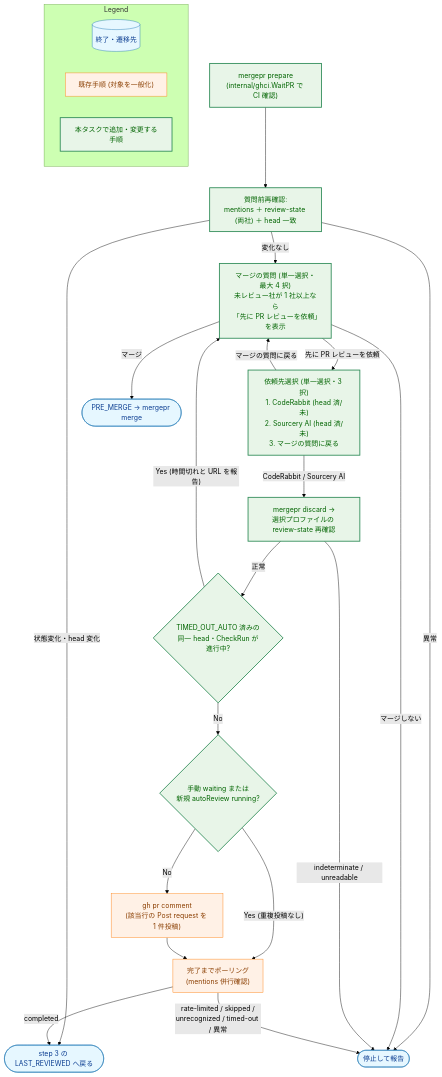
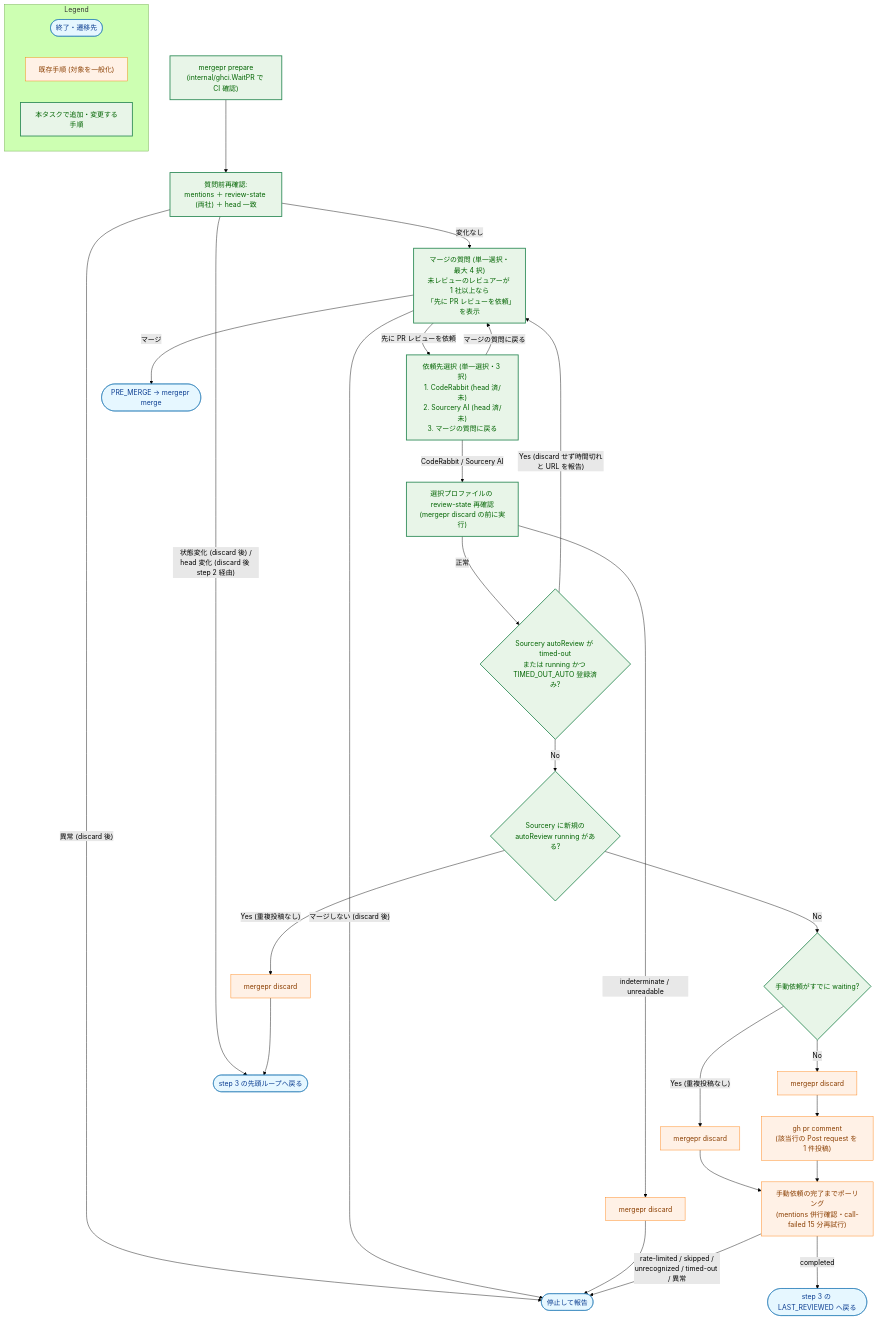
The sixth of 6 diagrams in docs/tasks/0122_sourcery_trusted_reviewer/02_architecture.md (isseis/yt2column), drawn with Mermaid (forest theme) before and after one commit. The commit also changed other lines of this file and 3 other files, not shown here.

````diff
--- a/docs/tasks/0122_sourcery_trusted_reviewer/02_architecture.md
+++ b/docs/tasks/0122_sourcery_trusted_reviewer/02_architecture.md
@@ -839,51 +919,63 @@
 ```mermaid
 flowchart TD
-    classDef data fill:#e6f7ff,stroke:#1f77b4,stroke-width:1px,color:#0b3d91;
+    classDef endpoint fill:#e6f7ff,stroke:#1f77b4,stroke-width:1px,color:#0b3d91;
     classDef process fill:#fff1e6,stroke:#ff7f0e,stroke-width:1px,color:#8a3e00;
     classDef enhanced fill:#e8f5e8,stroke:#2e8b57,stroke-width:2px,color:#006400;
 
     PREP["mergepr prepare<br>(internal/ghci.WaitPR で CI 確認)"]
     RECHECK["質問前再確認:<br>mentions ＋ review-state (両社) ＋ head 一致"]
-    MQ["マージの質問 (単一選択・最大 4 択)<br>未レビュー社が 1 社以上なら<br>「先に PR レビューを依頼」を表示"]
+    MQ["マージの質問 (単一選択・最大 4 択)<br>未レビューのレビュアーが 1 社以上なら<br>「先に PR レビューを依頼」を表示"]
     PICK["依頼先選択 (単一選択・3 択)<br>1. CodeRabbit (head 済/未)<br>2. Sourcery AI (head 済/未)<br>3. マージの質問に戻る"]
-    PREPOST["mergepr discard →<br>選択プロファイルの review-state 再確認"]
-    CHK_TO{"TIMED_OUT_AUTO 済みの<br>同一 head・CheckRun が進行中?"}
-    CHK_DUP{"手動 waiting または<br>新規 autoReview running?"}
+    PREPOST["選択プロファイルの review-state 再確認<br>(mergepr discard の前に実行)"]
+    CHK_TO{"Sourcery autoReview が timed-out<br>または running かつ TIMED_OUT_AUTO 登録済み?"}
+    CHK_AUTO{"Sourcery に新規の<br>autoReview running がある?"}
+    CHK_MAN{"手動依頼がすでに waiting?"}
+    DISC_AUTO["mergepr discard"]
+    DISC_MAN["mergepr discard"]
+    DISC_POST["mergepr discard"]
+    DISC_STOP["mergepr discard"]
     POST["gh pr comment<br>(該当行の Post request を 1 件投稿)"]
-    POLL["完了までポーリング<br>(mentions 併行確認)"]
+    POLL["手動依頼の完了までポーリング<br>(mentions 併行確認・call-failed 15 分再試行)"]
+    BACK_STEP3_TOP(["step 3 の先頭ループへ戻る"])
     BACK_STEP3(["step 3 の LAST_REVIEWED へ戻る"])
     MERGE(["PRE_MERGE → mergepr merge"])
     STOP(["停止して報告"])
 
     PREP --> RECHECK
-    RECHECK -->|"状態変化・head 変化"| BACK_STEP3
-    RECHECK -->|"異常"| STOP
+    RECHECK -->|"状態変化 (discard 後) /<br>head 変化 (discard 後 step 2 経由)"| BACK_STEP3_TOP
+    RECHECK -->|"異常 (discard 後)"| STOP
     RECHECK -->|"変化なし"| MQ
     MQ -->|"マージ"| MERGE
-    MQ -->|"マージしない"| STOP
+    MQ -->|"マージしない (discard 後)"| STOP
     MQ -->|"先に PR レビューを依頼"| PICK
     PICK -->|"マージの質問に戻る"| MQ
     PICK -->|"CodeRabbit / Sourcery AI"| PREPOST
-    PREPOST -->|"indeterminate / unreadable"| STOP
+    PREPOST -->|"indeterminate / unreadable"| DISC_STOP
+    DISC_STOP --> STOP
     PREPOST -->|"正常"| CHK_TO
-    CHK_TO -->|"Yes (時間切れと URL を報告)"| MQ
-    CHK_TO -->|"No"| CHK_DUP
-    CHK_DUP -->|"Yes (重複投稿なし)"| POLL
-    CHK_DUP -->|"No"| POST
+    CHK_TO -->|"Yes (discard せず時間切れと URL を報告)"| MQ
+    CHK_TO -->|"No"| CHK_AUTO
+    CHK_AUTO -->|"Yes (重複投稿なし)"| DISC_AUTO
+    DISC_AUTO --> BACK_STEP3_TOP
+    CHK_AUTO -->|"No"| CHK_MAN
+    CHK_MAN -->|"Yes (重複投稿なし)"| DISC_MAN
+    DISC_MAN --> POLL
+    CHK_MAN -->|"No"| DISC_POST
+    DISC_POST --> POST
     POST --> POLL
     POLL -->|"completed"| BACK_STEP3
     POLL -->|"rate-limited / skipped /<br>unrecognized / timed-out / 異常"| STOP
 
-    class BACK_STEP3,MERGE,STOP data
-    class POST,POLL process
-    class PREP,RECHECK,MQ,PICK,PREPOST,CHK_TO,CHK_DUP enhanced
+    class BACK_STEP3_TOP,BACK_STEP3,MERGE,STOP endpoint
+    class POST,POLL,DISC_AUTO,DISC_MAN,DISC_POST,DISC_STOP process
+    class PREP,RECHECK,MQ,PICK,PREPOST,CHK_TO,CHK_AUTO,CHK_MAN enhanced
 
     subgraph Legend["Legend"]
-        L1[("終了・遷移先")]
+        L1(["終了・遷移先"])
         L2["既存手順 (対象を一般化)"]
         L3["本タスクで追加・変更する手順"]
     end
-    class L1 data
+    class L1 endpoint
     class L2 process
     class L3 enhanced
 ```
````
